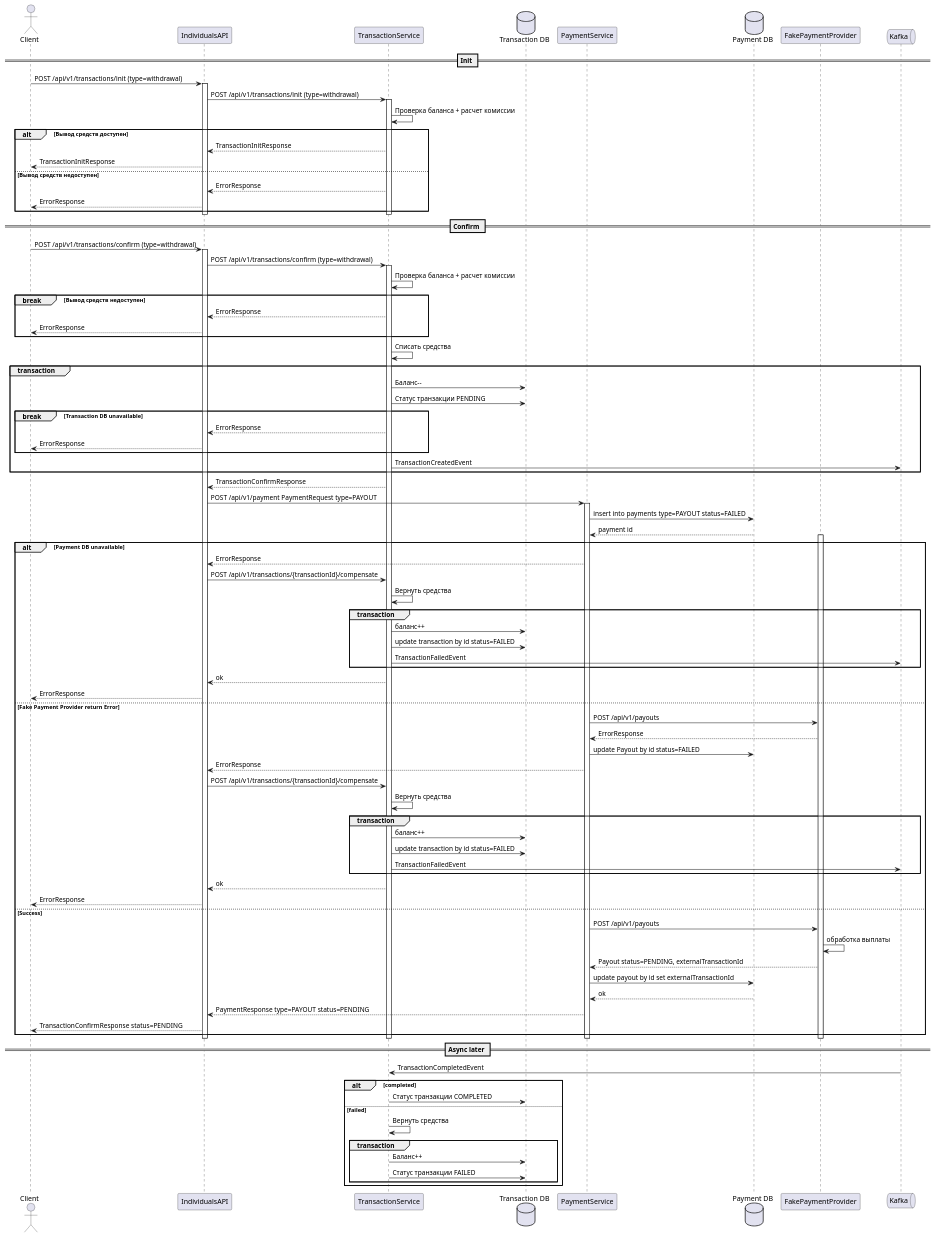
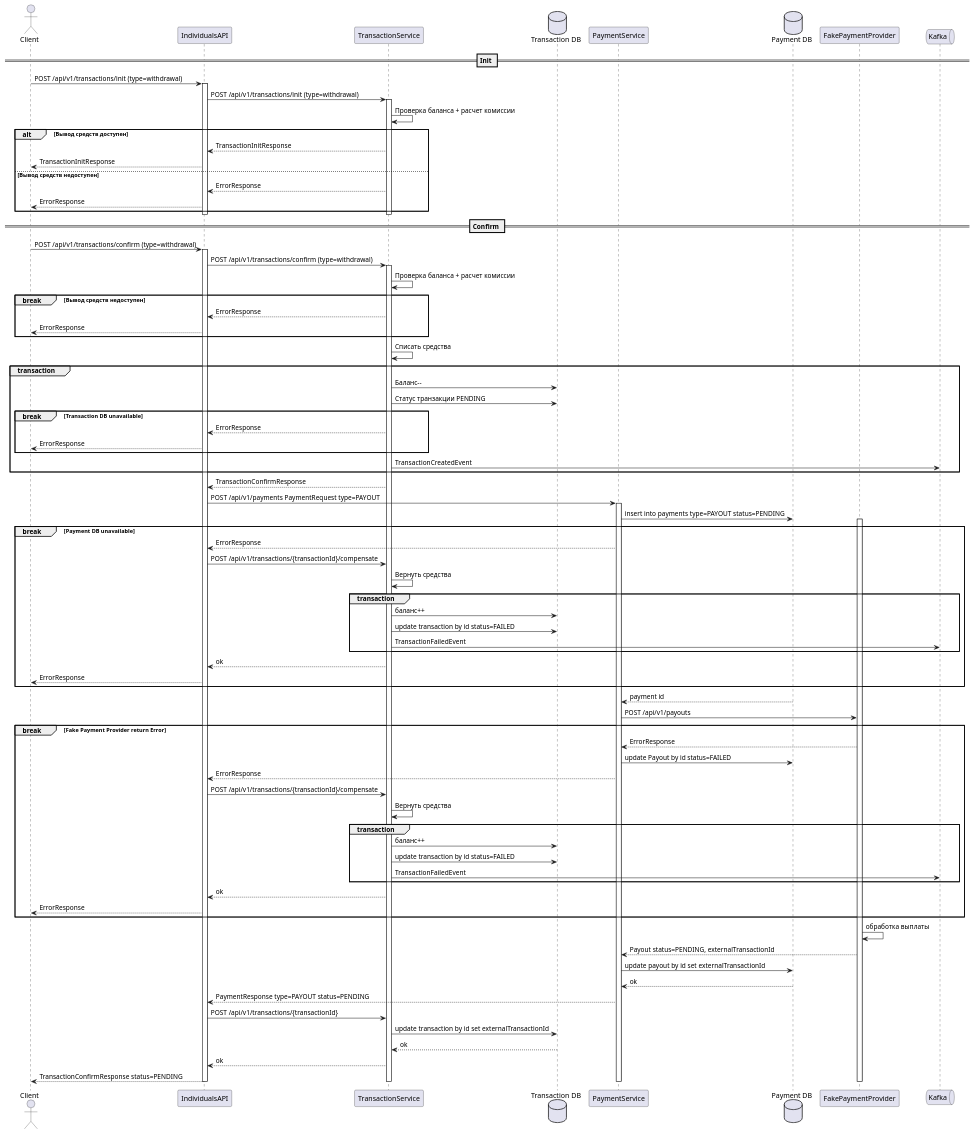
One commit to diamam90/payment-system changed the diagram in diagram/withdrawal.puml. Above: the diagram before and after it, drawn with PlantUML. The commit also changed 5 other files, not shown here.

Commit message:
Правки по диаграммам

```diff
--- a/diagram/withdrawal.puml
+++ b/diagram/withdrawal.puml
@@ -1,110 +1,99 @@
 @startuml
 actor Client
 participant IndividualsAPI
 participant TransactionService
 database tsDb as "Transaction DB"
 participant PaymentService
 database psDb as "Payment DB"
 participant fpp as "FakePaymentProvider"
 
 queue Kafka
 
 == Init ==
 
 Client -> IndividualsAPI: POST /api/v1/transactions/init (type=withdrawal)
 activate IndividualsAPI
     IndividualsAPI -> TransactionService: POST /api/v1/transactions/init (type=withdrawal)
     activate TransactionService
         TransactionService -> TransactionService: Проверка баланса + расчет комиссии
         alt Вывод средств доступен
             TransactionService --> IndividualsAPI: TransactionInitResponse
             IndividualsAPI --> Client: TransactionInitResponse
         else Вывод средств недоступен
             TransactionService --> IndividualsAPI: ErrorResponse
             IndividualsAPI --> Client: ErrorResponse
         end
     deactivate TransactionService
 deactivate IndividualsAPI
 
 == Confirm ==
 
 Client -> IndividualsAPI: POST /api/v1/transactions/confirm (type=withdrawal)
 activate IndividualsAPI
     IndividualsAPI -> TransactionService: POST /api/v1/transactions/confirm (type=withdrawal)
     activate TransactionService
         TransactionService -> TransactionService: Проверка баланса + расчет комиссии
         break Вывод средств недоступен
             TransactionService --> IndividualsAPI: ErrorResponse
             IndividualsAPI --> Client: ErrorResponse
         end
         TransactionService -> TransactionService: Списать средства
         group transaction
             TransactionService -> tsDb: Баланс--
             TransactionService -> tsDb: Статус транзакции PENDING
                 break Transaction DB unavailable
                     TransactionService --> IndividualsAPI: ErrorResponse
                     IndividualsAPI --> Client: ErrorResponse
                 end
             TransactionService -> Kafka: TransactionCreatedEvent
         end
         TransactionService --> IndividualsAPI: TransactionConfirmResponse
-        IndividualsAPI -> PaymentService: POST /api/v1/payment PaymentRequest type=PAYOUT
+        IndividualsAPI -> PaymentService: POST /api/v1/payments PaymentRequest type=PAYOUT
         activate PaymentService
-            PaymentService -> psDb: insert into payments type=PAYOUT status=FAILED
-            psDb --> PaymentService: payment id
+            PaymentService -> psDb: insert into payments type=PAYOUT status=PENDING
 
                 activate fpp
-                    alt Payment DB unavailable
+                    break Payment DB unavailable
                         PaymentService --> IndividualsAPI: ErrorResponse
                         IndividualsAPI -> TransactionService: POST /api/v1/transactions/{transactionId}/compensate
                         TransactionService -> TransactionService: Вернуть средства
                         group transaction
                             TransactionService -> tsDb: баланс++
                             TransactionService -> tsDb: update transaction by id status=FAILED
                             TransactionService -> Kafka: TransactionFailedEvent
                         end
                         TransactionService --> IndividualsAPI: ok
                         IndividualsAPI --> Client: ErrorResponse
-
-                    else Fake Payment Provider return Error
-                        PaymentService -> fpp: POST /api/v1/payouts
+                    end
+                    psDb --> PaymentService: payment id
+                    PaymentService -> fpp: POST /api/v1/payouts
+                    break Fake Payment Provider return Error
                         fpp --> PaymentService: ErrorResponse
                         PaymentService -> psDb: update Payout by id status=FAILED
                         PaymentService --> IndividualsAPI: ErrorResponse
                         IndividualsAPI -> TransactionService: POST /api/v1/transactions/{transactionId}/compensate
                         TransactionService -> TransactionService: Вернуть средства
                         group transaction
                             TransactionService -> tsDb: баланс++
                             TransactionService -> tsDb: update transaction by id status=FAILED
                             TransactionService -> Kafka: TransactionFailedEvent
                         end
                         TransactionService --> IndividualsAPI: ok
                         IndividualsAPI --> Client: ErrorResponse
-                    else Success
-                        PaymentService -> fpp: POST /api/v1/payouts
+                    end
                         fpp -> fpp: обработка выплаты
                         fpp --> PaymentService: Payout status=PENDING, externalTransactionId
                         PaymentService -> psDb: update payout by id set externalTransactionId
                         psDb --> PaymentService: ok
                         PaymentService --> IndividualsAPI: PaymentResponse type=PAYOUT status=PENDING
+                        IndividualsAPI -> TransactionService: POST /api/v1/transactions/{transactionId}
+                        TransactionService -> tsDb: update transaction by id set externalTransactionId
+                        tsDb --> TransactionService: ok
+                        TransactionService --> IndividualsAPI: ok
                         IndividualsAPI --> Client: TransactionConfirmResponse status=PENDING
-                    end
                 deactivate fpp
         deactivate PaymentService
     deactivate TransactionService
 deactivate IndividualsAPI
 
-== Async later ==
-
-Kafka -> TransactionService: TransactionCompletedEvent
-alt completed
-    TransactionService -> tsDb: Статус транзакции COMPLETED
-else failed
-    TransactionService -> TransactionService: Вернуть средства
-    group transaction
-        TransactionService -> tsDb: Баланс++
-        TransactionService -> tsDb: Статус транзакции FAILED
-    end
-end
-
 @enduml
```
